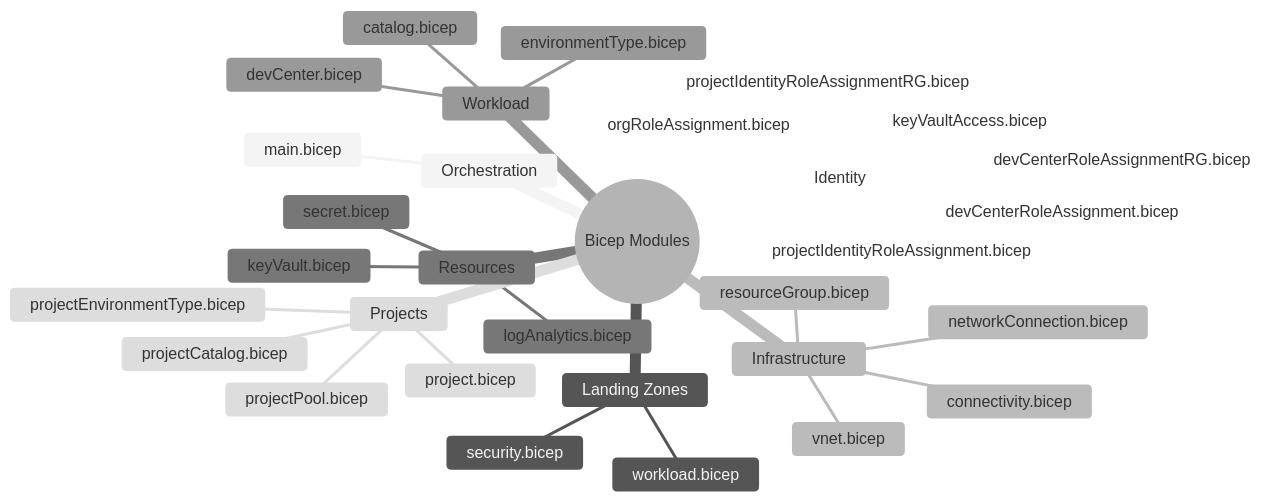
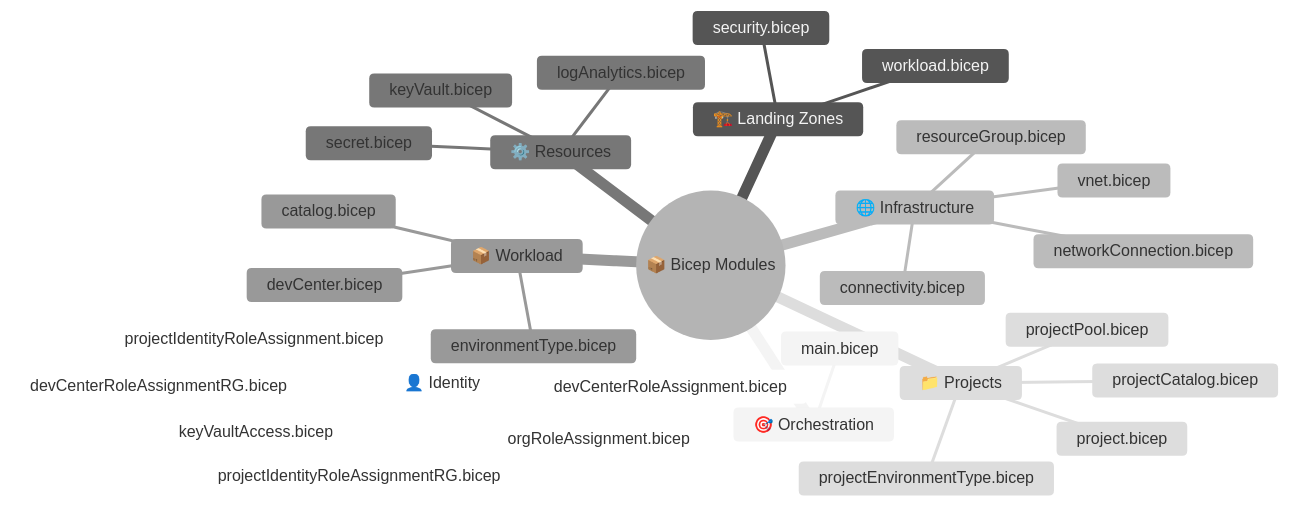
The second of 8 diagrams in docs/architecture/03-application-architecture.md (Evilazaro/DevExp-DevBox), drawn with Mermaid (neutral theme) before and after one commit. The commit also changed other lines of this file and 2 other files, not shown here.

Commit message:
Enhance documentation for architecture files by adding titles to diagrams, improving section titles, and incorporating emojis for better clarity and navigation.

````diff
--- a/docs/architecture/03-application-architecture.md
+++ b/docs/architecture/03-application-architecture.md
@@ -158,34 +179,37 @@
 ```mermaid
+---
+title: Bicep Module Classification
+---
 mindmap
-    root((Bicep Modules))
-        Orchestration
+    root((📦 Bicep Modules))
+        🎯 Orchestration
             main.bicep
-        Landing Zones
+        🏗️ Landing Zones
             security.bicep
             workload.bicep
-        Infrastructure
+        🌐 Infrastructure
             connectivity.bicep
             vnet.bicep
             networkConnection.bicep
             resourceGroup.bicep
-        Resources
+        ⚙️ Resources
             keyVault.bicep
             secret.bicep
             logAnalytics.bicep
-        Workload
+        📦 Workload
             devCenter.bicep
             catalog.bicep
             environmentType.bicep
-        Projects
+        📁 Projects
             project.bicep
             projectPool.bicep
             projectCatalog.bicep
             projectEnvironmentType.bicep
-        Identity
+        👤 Identity
             devCenterRoleAssignment.bicep
             devCenterRoleAssignmentRG.bicep
             orgRoleAssignment.bicep
             projectIdentityRoleAssignment.bicep
             projectIdentityRoleAssignmentRG.bicep
             keyVaultAccess.bicep
 ```
````
